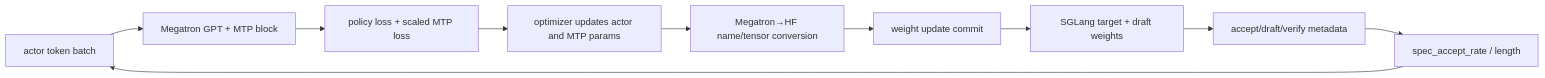
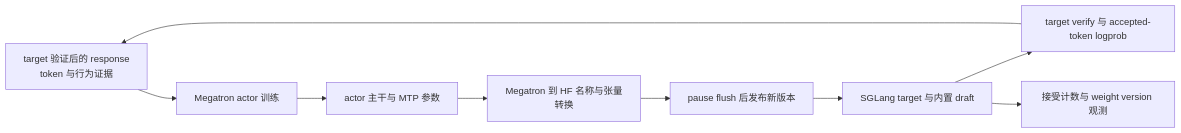
The diagram in wiki/02_engineering/04_posttrain_frameworks/slime/21_slime_speculative_decoding_mtp_analysis.md (suhaibo666/llm-knowledge), drawn with Mermaid before and after one commit. The commit also changed other lines of this file and 2 other files, not shown here.

````diff
--- a/wiki/02_engineering/04_posttrain_frameworks/slime/21_slime_speculative_decoding_mtp_analysis.md
+++ b/wiki/02_engineering/04_posttrain_frameworks/slime/21_slime_speculative_decoding_mtp_analysis.md
@@ -21,12 +29,11 @@
 ```mermaid
 flowchart LR
-    A["actor token batch"] --> B["Megatron GPT + MTP block"]
-    B --> C["policy loss + scaled MTP loss"]
-    C --> D["optimizer updates actor and MTP params"]
-    D --> E["Megatron→HF name/tensor conversion"]
-    E --> F["weight update commit"]
-    F --> G["SGLang target + draft weights"]
-    G --> H["accept/draft/verify metadata"]
-    H --> I["spec_accept_rate / length"]
-    I --> A
+    R["target 验证后的 response<br/>token 与行为证据"] --> T["Megatron actor 训练"]
+    T --> M["actor 主干与 MTP 参数"]
+    M --> C["Megatron 到 HF 名称与张量转换"]
+    C --> P["pause flush 后发布新版本"]
+    P --> S["SGLang target 与内置 draft"]
+    S --> V["target verify 与 accepted-token logprob"]
+    V --> R
+    S --> O["接受计数与 weight version 观测"]
 ```
````
